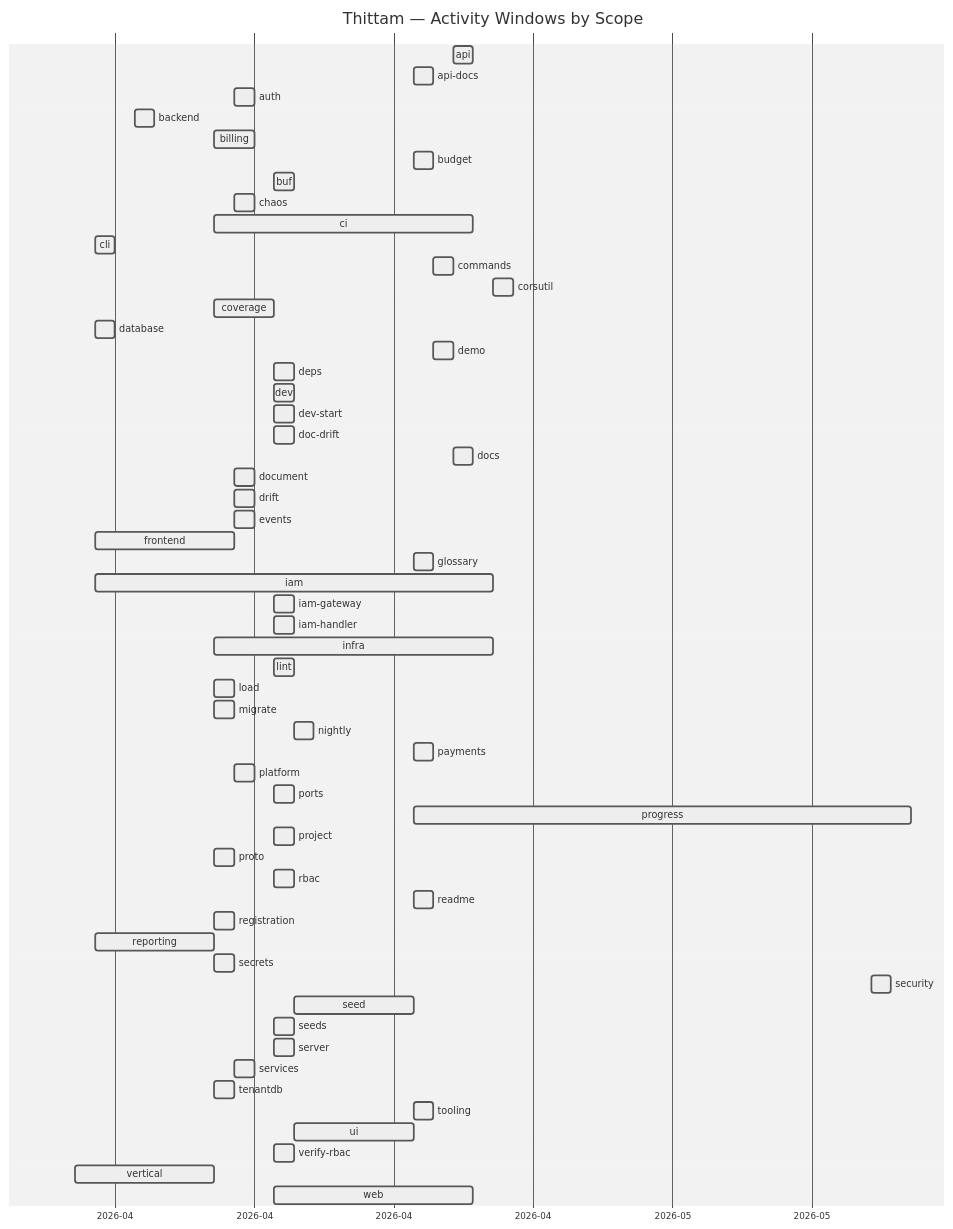
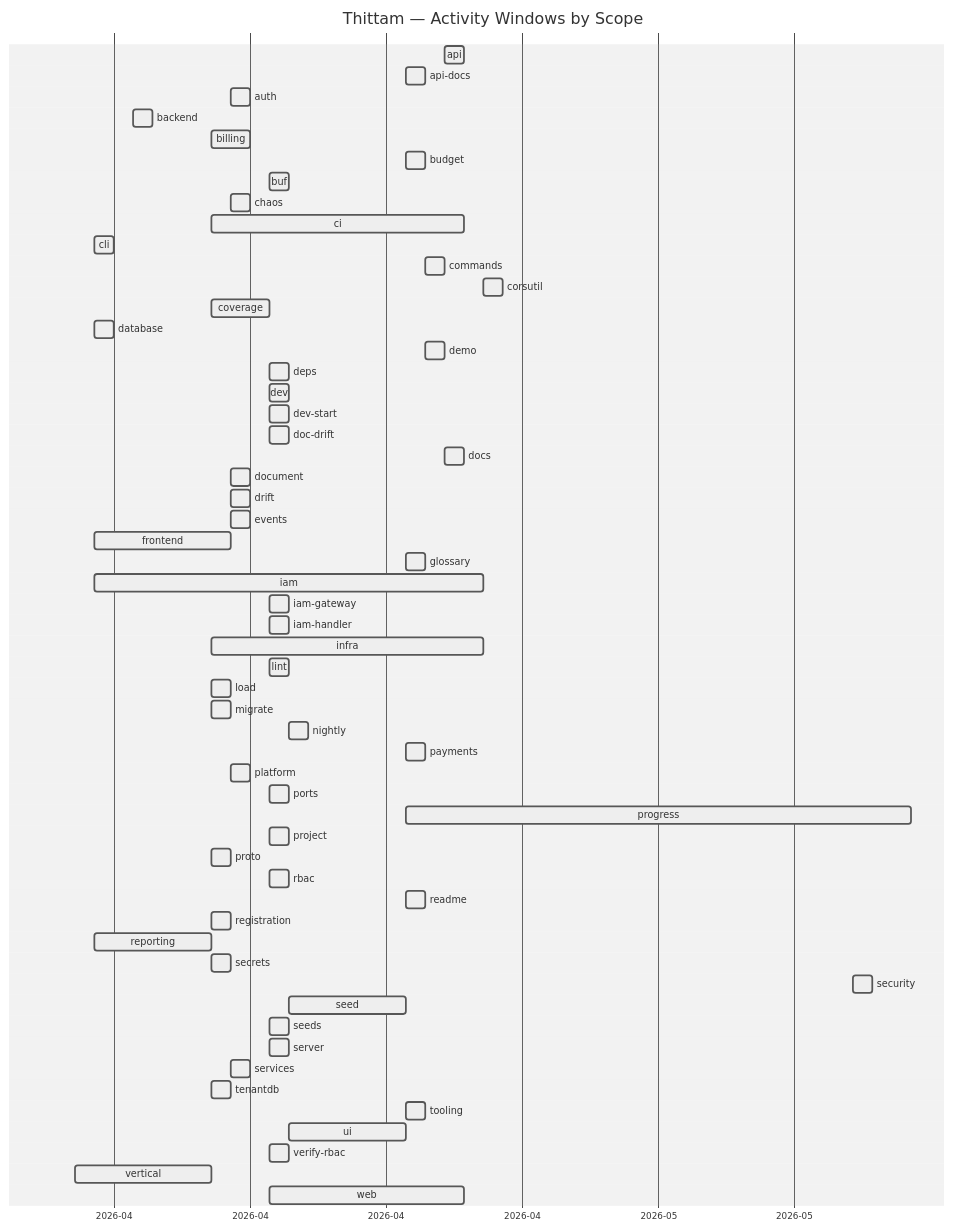
One commit to wegofwd2020-hub/thittam changed the diagram in docs/PROGRESS.md. Above: the diagram before and after it, drawn with Mermaid (neutral theme). The commit also changed other lines of this file and 1 other file, not shown here.

Commit message:
chore(progress): nightly update of docs/PROGRESS.md + CSVs

````diff
--- a/docs/PROGRESS.md
+++ b/docs/PROGRESS.md
@@ -9,61 +9,61 @@
 ```mermaid
 gantt
     title Thittam — Activity Windows by Scope
     dateFormat YYYY-MM-DD
     axisFormat %Y-%m
     api                :active, s_api, 2026-04-22, 2026-04-23
     api-docs           :active, s_api_docs, 2026-04-20, 2026-04-21
     auth               :active, s_auth, 2026-04-11, 2026-04-12
     backend            :active, s_backend, 2026-04-06, 2026-04-07
     billing            :active, s_billing, 2026-04-10, 2026-04-12
     budget             :active, s_budget, 2026-04-20, 2026-04-21
     buf                :active, s_buf, 2026-04-13, 2026-04-14
     chaos              :active, s_chaos, 2026-04-11, 2026-04-12
     ci                 :active, s_ci, 2026-04-10, 2026-04-23
     cli                :active, s_cli, 2026-04-04, 2026-04-05
     commands           :active, s_commands, 2026-04-21, 2026-04-22
     corsutil           :active, s_corsutil, 2026-04-24, 2026-04-25
     coverage           :active, s_coverage, 2026-04-10, 2026-04-13
     database           :active, s_database, 2026-04-04, 2026-04-05
     demo               :active, s_demo, 2026-04-21, 2026-04-22
     deps               :active, s_deps, 2026-04-13, 2026-04-14
     dev                :active, s_dev, 2026-04-13, 2026-04-14
     dev-start          :active, s_dev_start, 2026-04-13, 2026-04-14
     doc-drift          :active, s_doc_drift, 2026-04-13, 2026-04-14
     docs               :active, s_docs, 2026-04-22, 2026-04-23
     document           :active, s_document, 2026-04-11, 2026-04-12
     drift              :active, s_drift, 2026-04-11, 2026-04-12
     events             :active, s_events, 2026-04-11, 2026-04-12
     frontend           :active, s_frontend, 2026-04-04, 2026-04-11
     glossary           :active, s_glossary, 2026-04-20, 2026-04-21
     iam                :active, s_iam, 2026-04-04, 2026-04-24
     iam-gateway        :active, s_iam_gateway, 2026-04-13, 2026-04-14
     iam-handler        :active, s_iam_handler, 2026-04-13, 2026-04-14
     infra              :active, s_infra, 2026-04-10, 2026-04-24
     lint               :active, s_lint, 2026-04-13, 2026-04-14
     load               :active, s_load, 2026-04-10, 2026-04-11
     migrate            :active, s_migrate, 2026-04-10, 2026-04-11
     nightly            :active, s_nightly, 2026-04-14, 2026-04-15
     payments           :active, s_payments, 2026-04-20, 2026-04-21
     platform           :active, s_platform, 2026-04-11, 2026-04-12
     ports              :active, s_ports, 2026-04-13, 2026-04-14
-    progress           :active, s_progress, 2026-04-20, 2026-05-15
+    progress           :active, s_progress, 2026-04-20, 2026-05-16
     project            :active, s_project, 2026-04-13, 2026-04-14
     proto              :active, s_proto, 2026-04-10, 2026-04-11
     rbac               :active, s_rbac, 2026-04-13, 2026-04-14
     readme             :active, s_readme, 2026-04-20, 2026-04-21
     registration       :active, s_registration, 2026-04-10, 2026-04-11
     reporting          :active, s_reporting, 2026-04-04, 2026-04-10
     secrets            :active, s_secrets, 2026-04-10, 2026-04-11
     security           :active, s_security, 2026-05-13, 2026-05-14
     seed               :active, s_seed, 2026-04-14, 2026-04-20
     seeds              :active, s_seeds, 2026-04-13, 2026-04-14
     server             :active, s_server, 2026-04-13, 2026-04-14
     services           :active, s_services, 2026-04-11, 2026-04-12
     tenantdb           :active, s_tenantdb, 2026-04-10, 2026-04-11
     tooling            :active, s_tooling, 2026-04-20, 2026-04-21
     ui                 :active, s_ui, 2026-04-14, 2026-04-20
     verify-rbac        :active, s_verify_rbac, 2026-04-13, 2026-04-14
     vertical           :active, s_vertical, 2026-04-03, 2026-04-10
     web                :active, s_web, 2026-04-13, 2026-04-23
 ```
````
